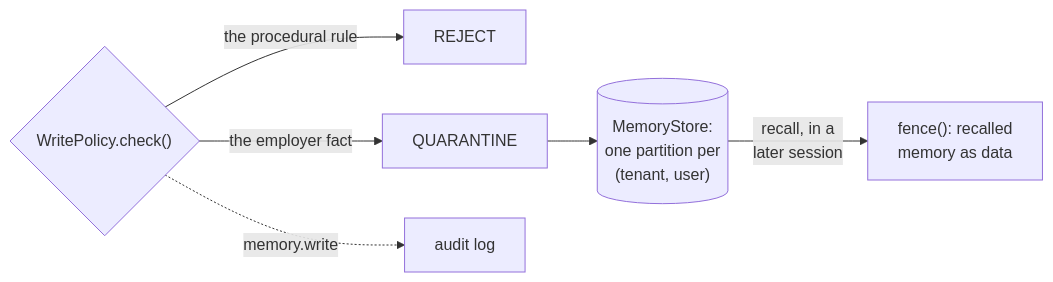
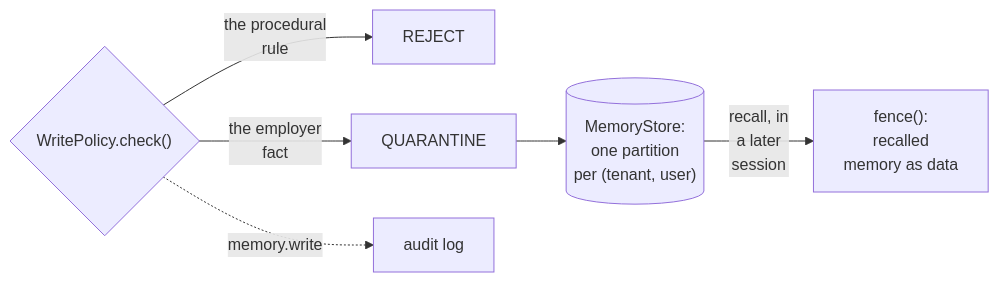
One commit to aniryou/full-stack-agentic-engineer changed the eighth of 8 diagrams in 07-application-agent-framework/agent-memory/PRIMER.md. Above: the diagram before and after it, drawn with Mermaid. The commit also changed other lines of this file and 211 other files, not shown here.

````diff
--- a/07-application-agent-framework/agent-memory/PRIMER.md
+++ b/07-application-agent-framework/agent-memory/PRIMER.md
@@ -727,8 +772,8 @@
 ```mermaid
 flowchart LR
-    WP{"WritePolicy.check()"} -->|"the procedural rule"| RJ["REJECT"]
-    WP -->|"the employer fact"| QA["QUARANTINE"]
+    WP{"WritePolicy.check()"} -->|"the procedural<br/>rule"| RJ["REJECT"]
+    WP -->|"the employer<br/>fact"| QA["QUARANTINE"]
     WP -.->|"memory.write"| AU[audit log]
-    QA --> ST[("MemoryStore:<br/>one partition per<br/>(tenant, user)")]
-    ST -->|"recall, in a<br/>later session"| FN["fence(): recalled<br/>memory as data"]
+    QA --> ST[("MemoryStore:<br/>one partition<br/>per (tenant, user)")]
+    ST -->|"recall, in<br/>a later<br/>session"| FN["fence():<br/>recalled<br/>memory as data"]
 ```
````
